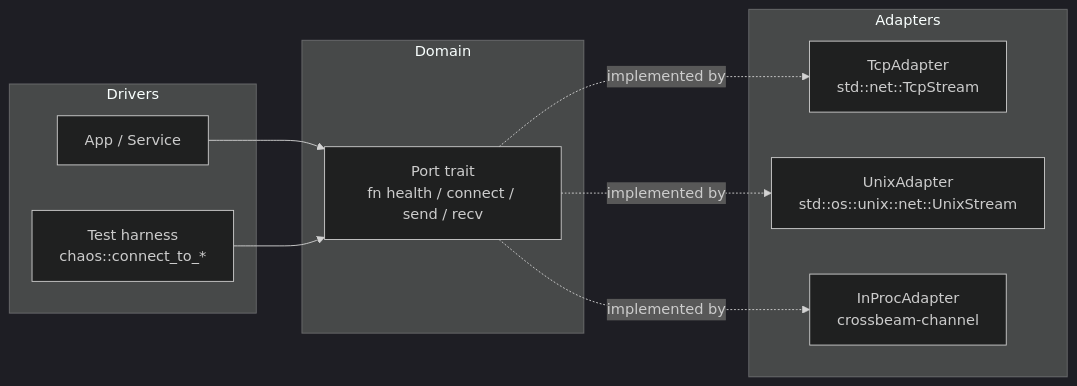
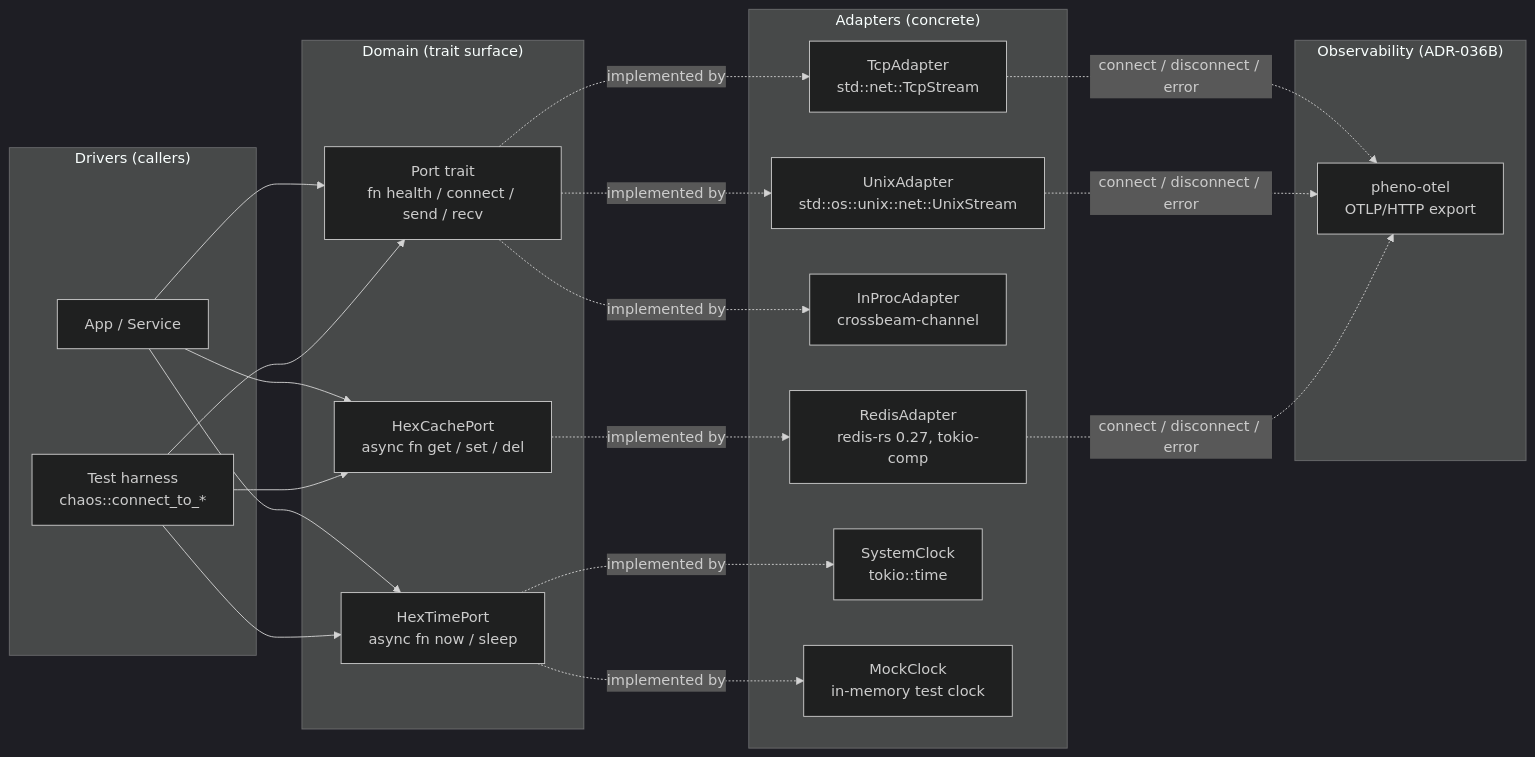
The first of 3 diagrams in pheno-port-adapter/docs/architecture.md (KooshaPari/phenotype-apps), drawn with Mermaid (dark theme) before and after one commit. The commit also changed other lines of this file and 16 other files, not shown here.

Commit message:
docs(v17-71-pillar-cycle-7): .cargo/config.toml (deleted) + pheno-port-adapter architecture refresh

````diff
--- a/pheno-port-adapter/docs/architecture.md
+++ b/pheno-port-adapter/docs/architecture.md
@@ -3,23 +29,46 @@
 ```mermaid
 flowchart LR
-    subgraph Domain
-        Port[Port trait\nfn health / connect / send / recv]
+    subgraph Domain["Domain (trait surface)"]
+        Port[Port trait<br/>fn health / connect / send / recv]
+        HexCache[HexCachePort<br/>async fn get / set / del]
+        HexTime[HexTimePort<br/>async fn now / sleep]
     end
 
-    subgraph Adapters
-        Tcp[TcpAdapter\nstd::net::TcpStream]
-        Unix[UnixAdapter\nstd::os::unix::net::UnixStream]
-        InProc[InProcAdapter\ncrossbeam-channel]
+    subgraph Adapters["Adapters (concrete)"]
+        Tcp[TcpAdapter<br/>std::net::TcpStream]
+        Unix[UnixAdapter<br/>std::os::unix::net::UnixStream]
+        InProc[InProcAdapter<br/>crossbeam-channel]
+        Redis[RedisAdapter<br/>redis-rs 0.27, tokio-comp]
+        SysClk[SystemClock<br/>tokio::time]
+        MockClk[MockClock<br/>in-memory test clock]
     end
 
-    subgraph Drivers
+    subgraph Drivers["Drivers (callers)"]
         App[App / Service]
-        Test[Test harness\nchaos::connect_to_*]
+        Test[Test harness<br/>chaos::connect_to_*]
+    end
+
+    subgraph Obs["Observability (ADR-036B)"]
+        OTel[pheno-otel<br/>OTLP/HTTP export]
     end
 
     App --> Port
+    App --> HexCache
+    App --> HexTime
     Test --> Port
+    Test --> HexCache
+    Test --> HexTime
+
     Port -.implemented by.-> Tcp
     Port -.implemented by.-> Unix
     Port -.implemented by.-> InProc
+
+    HexCache -.implemented by.-> Redis
+
+    HexTime -.implemented by.-> SysClk
+    HexTime -.implemented by.-> MockClk
+
+    Tcp -.connect / disconnect / error.-> OTel
+    Unix -.connect / disconnect / error.-> OTel
+    Redis -.connect / disconnect / error.-> OTel
 ```
````
